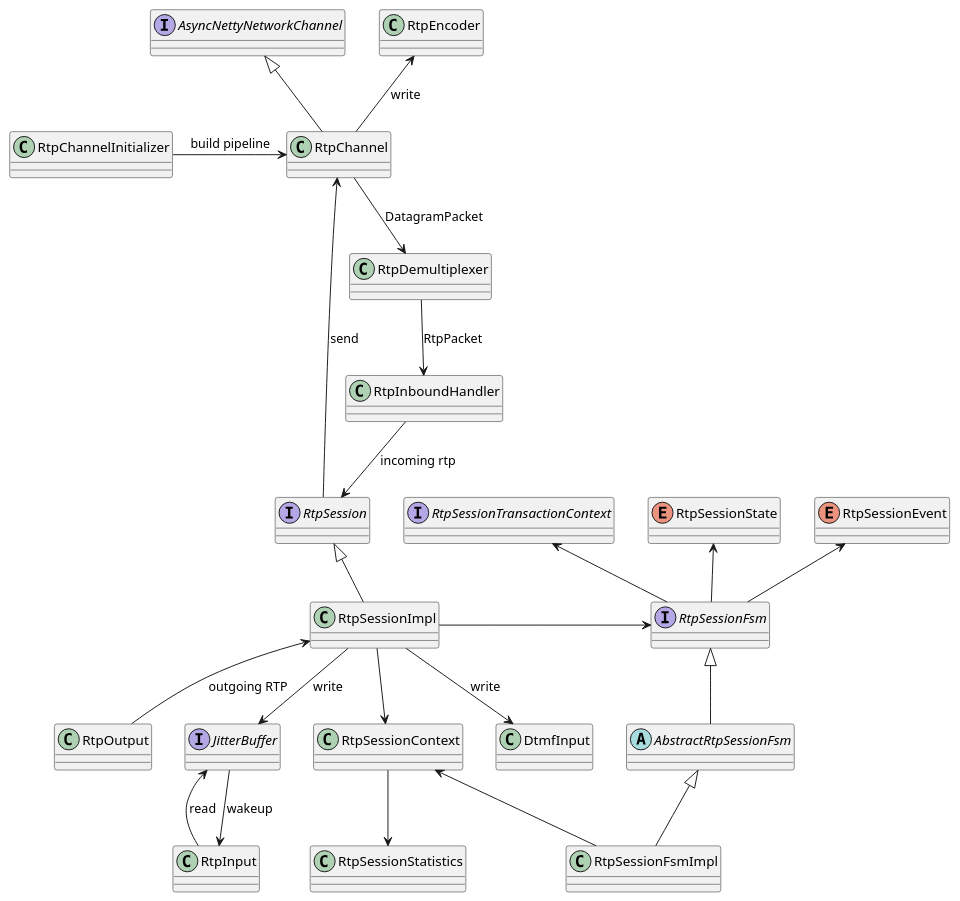
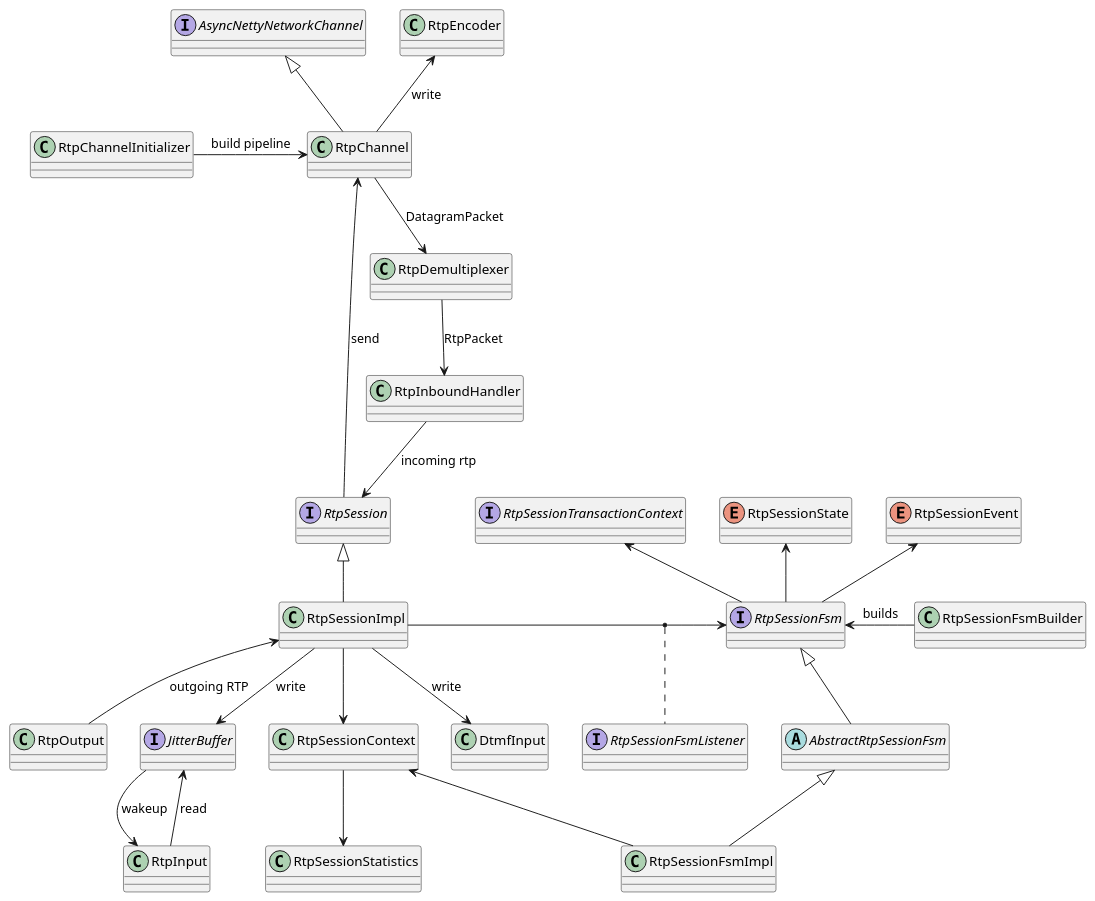
The diagram in architecture-diagrams/rtp/rtp-classes.puml (RestComm/media-core), drawn with PlantUML before and after one commit.

Commit message:
#442 Updated class digram of RTP stack.

```diff
--- a/architecture-diagrams/rtp/rtp-classes.puml
+++ b/architecture-diagrams/rtp/rtp-classes.puml
@@ -1,53 +1,58 @@
 @startuml
 interface AsyncNettyNetworkChannel
 class RtpChannel
 class RtpChannelInitializer
 
 class RtpDemultiplexer
 class RtpInboundHandler
 class RtpEncoder
 
 interface RtpSession
 class RtpSessionImpl
 class RtpSessionContext
 class RtpSessionStatistics
 
+
 interface RtpSessionFsm
+interface RtpSessionFsmListener
+class RtpSessionFsmBuilder
 abstract class AbstractRtpSessionFsm
 class RtpSessionFsmImpl
 enum RtpSessionState
 enum RtpSessionEvent
 interface RtpSessionTransactionContext
 
 interface JitterBuffer
 class DtmfInput
 class RtpInput
 class RtpOutput
 
 AsyncNettyNetworkChannel <|-- RtpChannel
 RtpChannelInitializer -> RtpChannel : build pipeline
 RtpChannel --> RtpDemultiplexer : DatagramPacket
 RtpDemultiplexer --> RtpInboundHandler : RtpPacket
 RtpInboundHandler --> RtpSession : incoming rtp
 RtpEncoder <-- RtpChannel : write
 RtpChannel <-- RtpSession : send
 
 RtpSession <|-- RtpSessionImpl
 RtpSessionImpl -> RtpSessionFsm
+(RtpSessionImpl,RtpSessionFsm) .. RtpSessionFsmListener
 
 RtpSessionImpl --> RtpSessionContext
 RtpSessionContext --> RtpSessionStatistics
 
 RtpSessionImpl <-- RtpOutput : outgoing RTP
 RtpSessionImpl --> JitterBuffer : write
 RtpSessionImpl --> DtmfInput : write
 JitterBuffer --> RtpInput : wakeup
 JitterBuffer <-- RtpInput : read
 
+RtpSessionFsm <- RtpSessionFsmBuilder : builds
 RtpSessionFsm <|-- AbstractRtpSessionFsm
 AbstractRtpSessionFsm <|-- RtpSessionFsmImpl
 RtpSessionState <-- RtpSessionFsm
 RtpSessionEvent <-- RtpSessionFsm
 RtpSessionTransactionContext <-- RtpSessionFsm
 RtpSessionContext <-- RtpSessionFsmImpl
 @enduml
```
